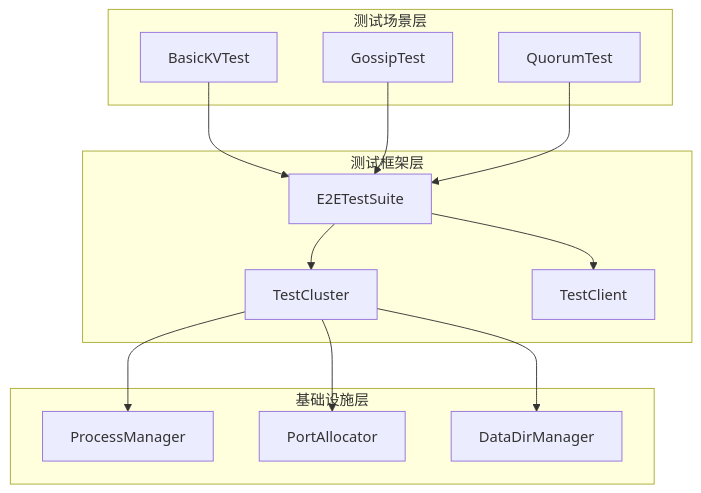
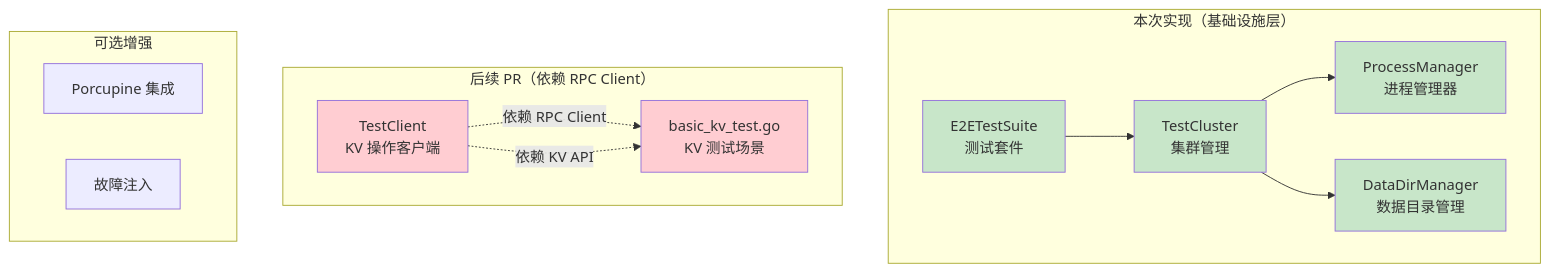
Before and after one commit to jzhang405/NexKV: the diagram in docs/06_PM/feature/2026-02-15_PR-072_E2E-Testing-Framework_Pre.md, drawn with Mermaid. The commit also changed other lines of this file, not shown here.

````diff
--- a/docs/06_PM/feature/2026-02-15_PR-072_E2E-Testing-Framework_Pre.md
+++ b/docs/06_PM/feature/2026-02-15_PR-072_E2E-Testing-Framework_Pre.md
@@ -77,29 +94,33 @@
 ```mermaid
 graph TB
-    subgraph "测试场景层"
-        A[BasicKVTest]
-        B[GossipTest]
-        C[QuorumTest]
+    subgraph "本次实现（基础设施层）"
+        A[ProcessManager<br/>进程管理器]
+        B[DataDirManager<br/>数据目录管理]
+        C[E2ETestSuite<br/>测试套件]
+        D[TestCluster<br/>集群管理]
     end
 
-    subgraph "测试框架层"
-        D[E2ETestSuite]
-        E[TestCluster]
-        F[TestClient]
+    subgraph "后续 PR（依赖 RPC Client）"
+        E[TestClient<br/>KV 操作客户端]
+        F[basic_kv_test.go<br/>KV 测试场景]
     end
 
-    subgraph "基础设施层"
-        G[ProcessManager]
-        H[PortAllocator]
-        I[DataDirManager]
+    subgraph "可选增强"
+        G[Porcupine 集成]
+        H[故障注入]
     end
 
-    A --> D
-    B --> D
     C --> D
-    D --> E
-    D --> F
-    E --> G
-    E --> H
-    E --> I
+    D --> A
+    D --> B
+    
+    E -.->|依赖 RPC Client| F
+    E -.->|依赖 KV API| F
+    
+    style A fill:#c8e6c9
+    style B fill:#c8e6c9
+    style C fill:#c8e6c9
+    style D fill:#c8e6c9
+    style E fill:#ffcdd2
+    style F fill:#ffcdd2
 ```
````
